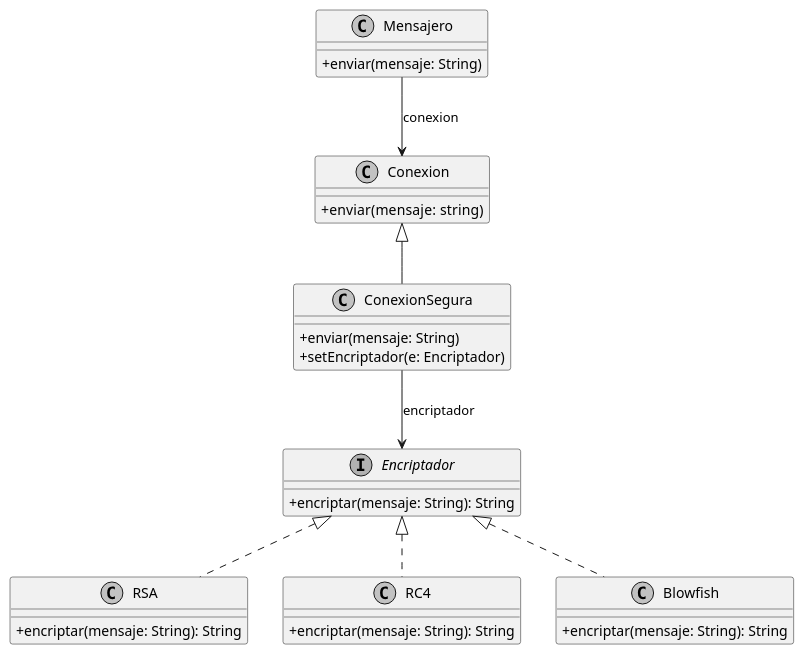
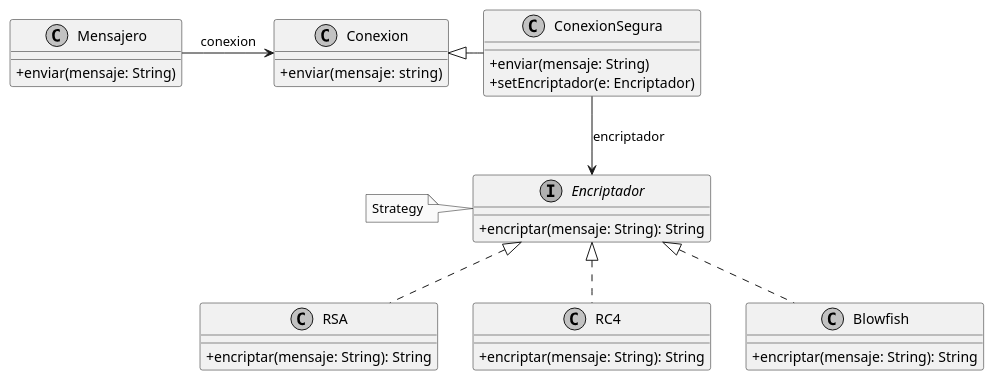
Before and after one commit to cd-paliv/oo2: the diagram in src/main/java/practica3/ejercicio2/ej2.wsd, drawn with PlantUML. The commit also changed 33 other files, not shown here.

```diff
--- a/src/main/java/practica3/ejercicio2/ej2.wsd
+++ b/src/main/java/practica3/ejercicio2/ej2.wsd
@@ -1,37 +1,39 @@
 @startuml ej2
 skinparam Monochrome true
 skinparam classAttributeIconSize 0
 
 class Mensajero{
  +enviar(mensaje: String)
 }
 class Conexion{
  +enviar(mensaje:  string)
 }
-Mensajero --> Conexion : conexion
+Mensajero -r-> Conexion : conexion
 
 class ConexionSegura{
  +enviar(mensaje: String)
  +setEncriptador(e: Encriptador)
 }
-Conexion <|-- ConexionSegura
+Conexion <|-r- ConexionSegura
 
+note "Strategy" as N1
 interface Encriptador{
  +encriptar(mensaje: String): String
 }
-ConexionSegura --> Encriptador : encriptador
+N1 .right. Encriptador
+ConexionSegura -down-> Encriptador : encriptador
 
 class RSA{
  +encriptar(mensaje: String): String
 }
 class RC4{
  +encriptar(mensaje: String): String
 }
 class Blowfish{
  +encriptar(mensaje: String): String
 }
 
 Encriptador <|.. RSA
 Encriptador <|.. RC4
 Encriptador <|.. Blowfish
 @enduml
```
